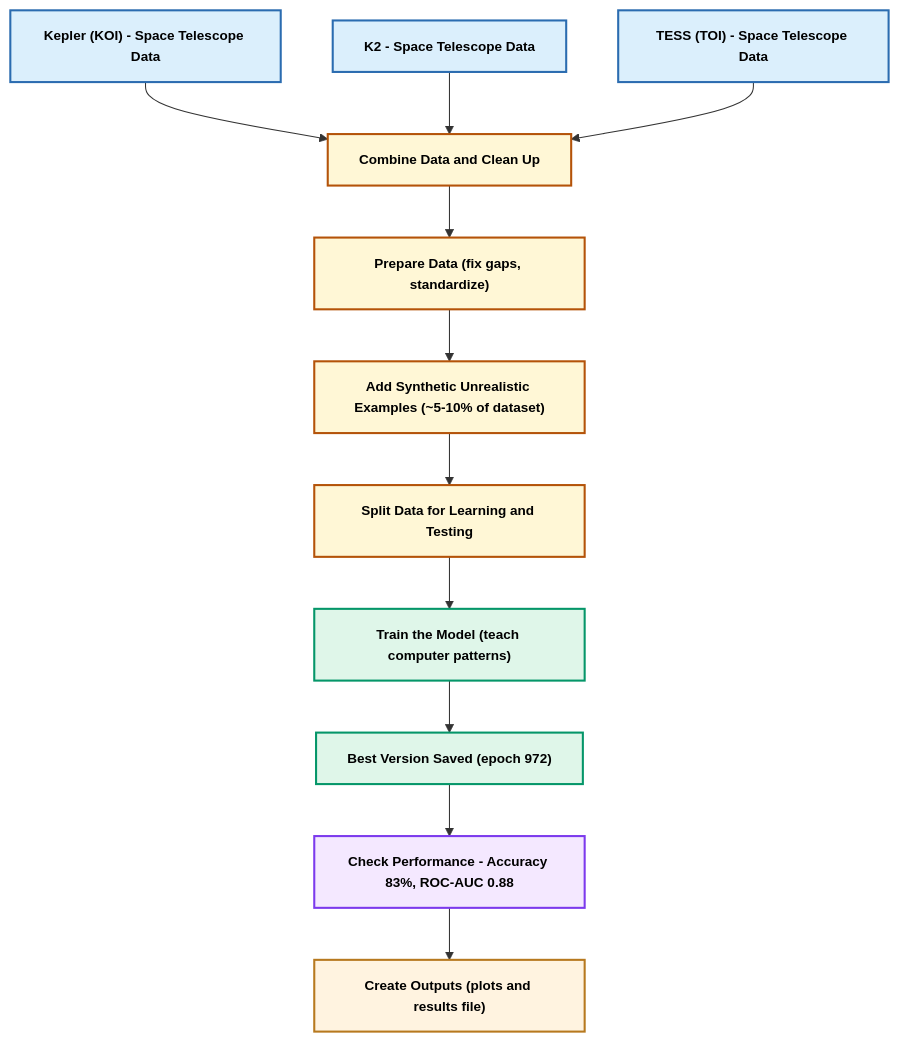
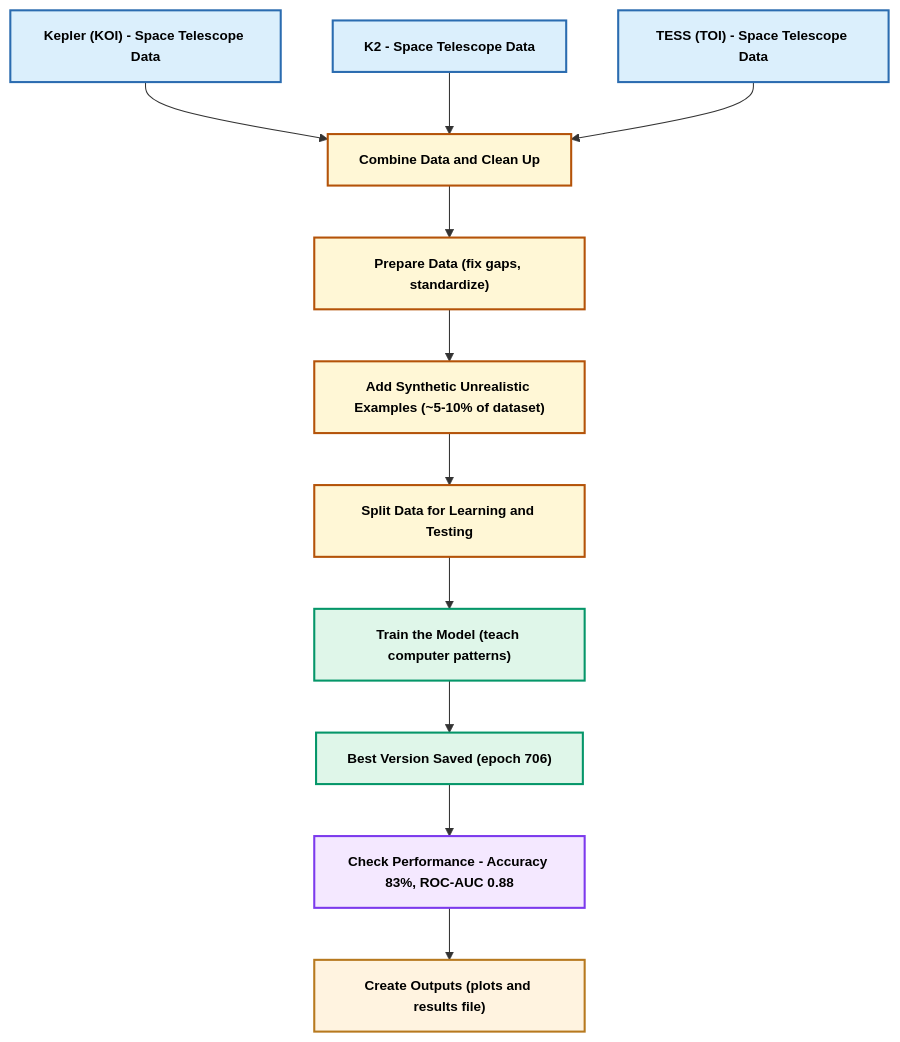
One commit to DeadUser123/Space-APPS-Hackathon changed the first of 2 diagrams in README.md. Above: the diagram before and after it, drawn with Mermaid. The commit also changed other lines of this file and 2 other files, not shown here.

````diff
--- a/README.md
+++ b/README.md
@@ -5,38 +5,29 @@
 ```mermaid
 flowchart TD
-  %% Data
-  KEP["Kepler (KOI) - Space Telescope Data"]
-  K2["K2 - Space Telescope Data"]
-  TESS["TESS (TOI) - Space Telescope Data"]
-
-  MERGE["Combine Data and Clean Up"]
-  FE["Prepare Data (fix gaps, standardize)"]
-  SYN["Add Synthetic Unrealistic Examples (~5-10% of dataset)"]
-  SPLIT["Split Data for Learning and Testing"]
-
-  TRAIN["Train the Model (teach computer patterns)"]
-  CKPT["Best Version Saved (epoch 972)"]
-  EVAL["Check Performance - Accuracy 83%, ROC-AUC 0.88"]
-  ART["Create Outputs (plots and results file)"]
-
-  %% Layout
-  KEP --> MERGE
-  K2  --> MERGE
-  TESS --> MERGE
-
-  MERGE --> FE --> SYN --> SPLIT
-  SPLIT --> TRAIN --> CKPT --> EVAL --> ART
-
-  %% Classes
-  classDef data fill:#dbeffc,stroke:#2b6cb0,stroke-width:2px,color:#000,font-size:13px,font-weight:600;
-  classDef prep fill:#fff7d6,stroke:#b45309,stroke-width:2px,color:#000,font-size:13px,font-weight:600;
-  classDef train fill:#dff6e9,stroke:#059669,stroke-width:2px,color:#000,font-size:13px,font-weight:600;
-  classDef eval  fill:#f4e8ff,stroke:#7c3aed,stroke-width:2px,color:#000,font-size:13px,font-weight:600;
-  classDef art   fill:#fff3e0,stroke:#b7791f,stroke-width:2px,color:#000,font-size:13px,font-weight:600;
-
-  class KEP,K2,TESS data;
-  class MERGE,FE,SYN,SPLIT prep;
-  class TRAIN,CKPT train;
-  class EVAL eval;
-  class ART art;
+    KEP["Kepler (KOI) - Space Telescope Data"] --> MERGE["Combine Data and Clean Up"]
+    K2["K2 - Space Telescope Data"] --> MERGE
+    TESS["TESS (TOI) - Space Telescope Data"] --> MERGE
+    MERGE --> FE["Prepare Data (fix gaps, standardize)"]
+    FE --> SYN["Add Synthetic Unrealistic Examples (~5-10% of dataset)"]
+    SYN --> SPLIT["Split Data for Learning and Testing"]
+    SPLIT --> TRAIN["Train the Model (teach computer patterns)"]
+    TRAIN --> CKPT["Best Version Saved (epoch 706)"]
+    CKPT --> EVAL["Check Performance - Accuracy 83%, ROC-AUC 0.88"]
+    EVAL --> ART["Create Outputs (plots and results file)"]
+     KEP:::data
+     MERGE:::prep
+     K2:::data
+     TESS:::data
+     FE:::prep
+     SYN:::prep
+     SPLIT:::prep
+     TRAIN:::train
+     CKPT:::train
+     EVAL:::eval
+     ART:::art
+    classDef data fill:#dbeffc,stroke:#2b6cb0,stroke-width:2px,color:#000,font-size:13px,font-weight:600
+    classDef prep fill:#fff7d6,stroke:#b45309,stroke-width:2px,color:#000,font-size:13px,font-weight:600
+    classDef train fill:#dff6e9,stroke:#059669,stroke-width:2px,color:#000,font-size:13px,font-weight:600
+    classDef eval  fill:#f4e8ff,stroke:#7c3aed,stroke-width:2px,color:#000,font-size:13px,font-weight:600
+    classDef art   fill:#fff3e0,stroke:#b7791f,stroke-width:2px,color:#000,font-size:13px,font-weight:600
 ```
````
